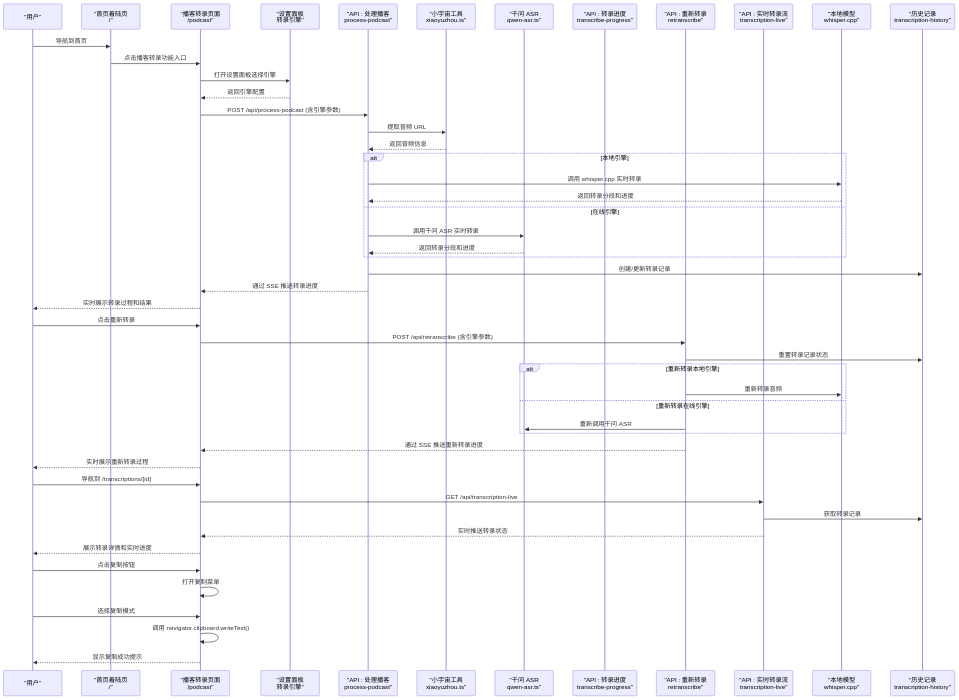
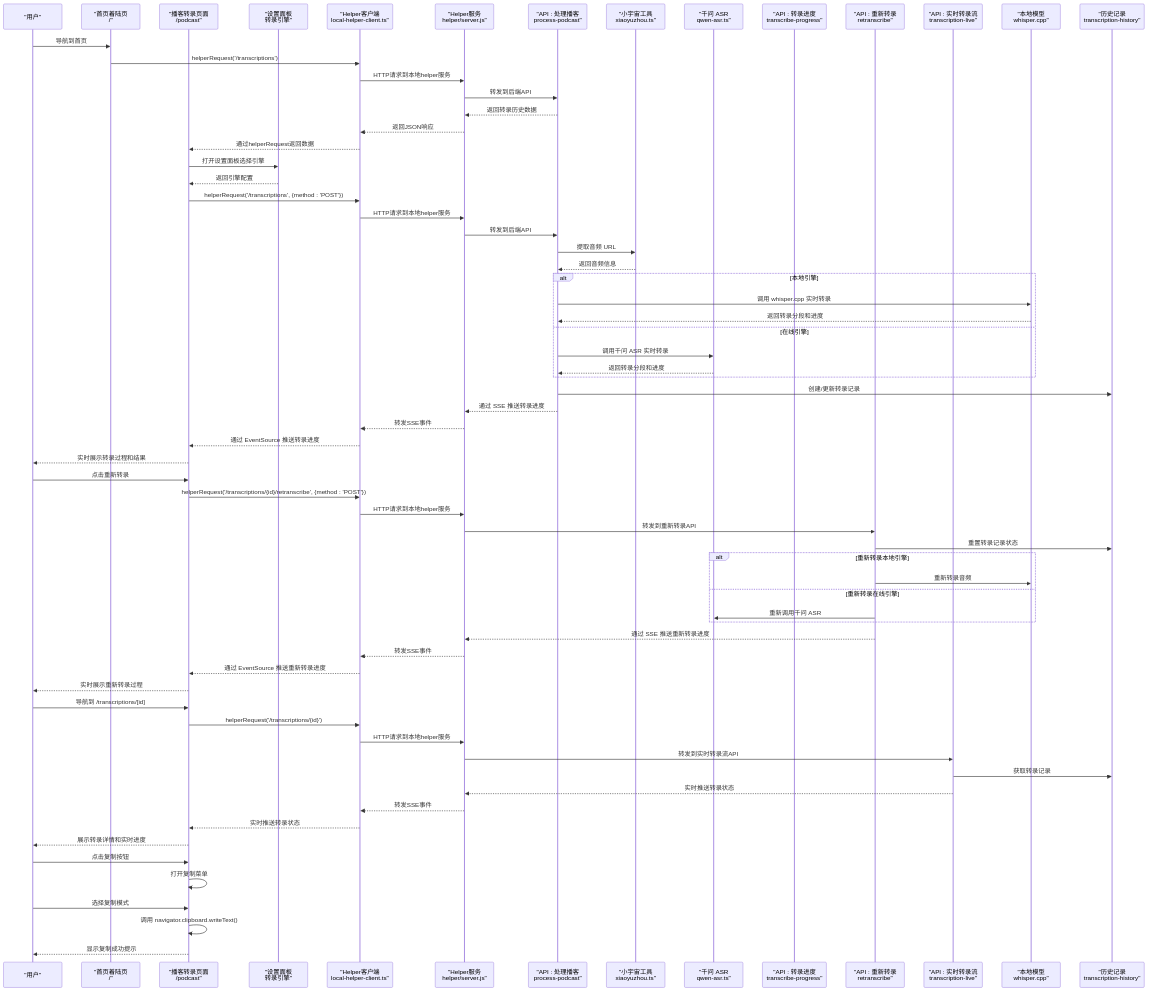
Before and after one commit to clawbotai/memo-flow: the second of 25 diagrams in .qoder/repowiki/zh/content/核心功能模块/播客转录功能.md, drawn with Mermaid. The commit also changed other lines of this file and 5 other files, not shown here.

````diff
--- a/.qoder/repowiki/zh/content/核心功能模块/播客转录功能.md
+++ b/.qoder/repowiki/zh/content/核心功能模块/播客转录功能.md
@@ -177,52 +202,71 @@
 ```mermaid
 sequenceDiagram
 participant U as "用户"
 participant H as "首页着陆页<br/>/"
 participant F as "播客转录页面<br/>/podcast"
 participant S as "设置面板<br/>转录引擎"
+participant HC as "Helper客户端<br/>local-helper-client.ts"
+participant HS as "Helper服务<br/>helper/server.js"
 participant A1 as "API : 处理播客<br/>process-podcast"
 participant L1 as "小宇宙工具<br/>xiaoyuzhou.ts"
 participant L2 as "千问 ASR<br/>qwen-asr.ts"
 participant A2 as "API : 转录进度<br/>transcribe-progress"
 participant A3 as "API : 重新转录<br/>retranscribe"
 participant A4 as "API : 实时转录流<br/>transcription-live"
 participant W as "本地模型<br/>whisper.cpp"
 participant H2 as "历史记录<br/>transcription-history"
 U->>H : 导航到首页
-H->>F : 点击播客转录功能入口
+H->>HC : helperRequest('/transcriptions')
+HC->>HS : HTTP请求到本地helper服务
+HS->>A1 : 转发到后端API
+A1-->>HS : 返回转录历史数据
+HS-->>HC : 返回JSON响应
+HC-->>F : 通过helperRequest返回数据
 F->>S : 打开设置面板选择引擎
 S-->>F : 返回引擎配置
-F->>A1 : POST /api/process-podcast (含引擎参数)
+F->>HC : helperRequest('/transcriptions', {method : 'POST'})
+HC->>HS : HTTP请求到本地helper服务
+HS->>A1 : 转发到后端API
 A1->>L1 : 提取音频 URL
 L1-->>A1 : 返回音频信息
 Alt 本地引擎
 A1->>W : 调用 whisper.cpp 实时转录
 W-->>A1 : 返回转录分段和进度
 Else 在线引擎
 A1->>L2 : 调用千问 ASR 实时转录
 L2-->>A1 : 返回转录分段和进度
 End
 A1->>H2 : 创建/更新转录记录
-A1-->>F : 通过 SSE 推送转录进度
+A1-->>HS : 通过 SSE 推送转录进度
+HS-->>HC : 转发SSE事件
+HC-->>F : 通过 EventSource 推送转录进度
 F-->>U : 实时展示转录过程和结果
 U->>F : 点击重新转录
-F->>A3 : POST /api/retranscribe (含引擎参数)
+F->>HC : helperRequest('/transcriptions/{id}/retranscribe', {method : 'POST'})
+HC->>HS : HTTP请求到本地helper服务
+HS->>A3 : 转发到重新转录API
 A3->>H2 : 重置转录记录状态
 Alt 重新转录本地引擎
 A3->>W : 重新转录音频
 Else 重新转录在线引擎
 A3->>L2 : 重新调用千问 ASR
 End
-A3-->>F : 通过 SSE 推送重新转录进度
+A3-->>HS : 通过 SSE 推送重新转录进度
+HS-->>HC : 转发SSE事件
+HC-->>F : 通过 EventSource 推送重新转录进度
 F-->>U : 实时展示重新转录过程
 U->>F : 导航到 /transcriptions/[id]
-F->>A4 : GET /api/transcription-live
+F->>HC : helperRequest('/transcriptions/{id}')
+HC->>HS : HTTP请求到本地helper服务
+HS->>A4 : 转发到实时转录流API
 A4->>H2 : 获取转录记录
-A4-->>F : 实时推送转录状态
+A4-->>HS : 实时推送转录状态
+HS-->>HC : 转发SSE事件
+HC-->>F : 实时推送转录状态
 F-->>U : 展示转录详情和实时进度
 U->>F : 点击复制按钮
 F->>F : 打开复制菜单
 U->>F : 选择复制模式
 F->>F : 调用 navigator.clipboard.writeText()
 F-->>U : 显示复制成功提示
 ```
````
